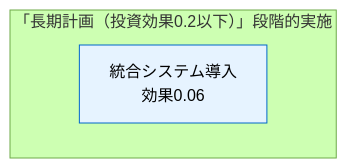
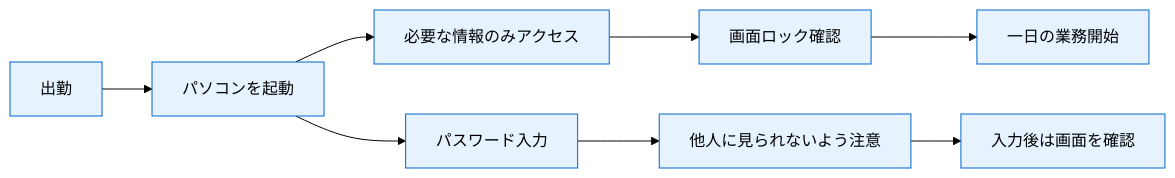
One commit to nahisaho/zenn-writing-collection changed the third of 8 diagrams in books/d87165478af519/chapter10.md. Above: the diagram before and after it, drawn with Mermaid (forest theme). The commit also changed other lines of this file and 17 other files, not shown here.

````diff
--- a/books/d87165478af519/chapter10.md
+++ b/books/d87165478af519/chapter10.md
@@ -293,9 +123,15 @@
 ```mermaid
-graph TB
-    subgraph 長期[「長期計画（投資効果0.2以下）」段階的実施]
-        C1[統合システム導入<br/>効果0.06]
-    end
-
-    classDef long fill:#e6f3ff,stroke:#0066cc,stroke-width:1px
-    class C1 long
+graph LR
+    A[出勤] --> B[パソコンを起動]
+    B --> C[必要な情報のみアクセス]
+    C --> D[画面ロック確認]
+    D --> E[一日の業務開始]
+    
+    F[パスワード入力] --> G[他人に見られないよう注意]
+    G --> H[入力後は画面を確認]
+    
+    B --> F
+    
+    classDef morning fill:#e6f3ff,stroke:#0066cc,stroke-width:1px
+    class A,B,C,D,E,F,G,H morning
 ```
````
